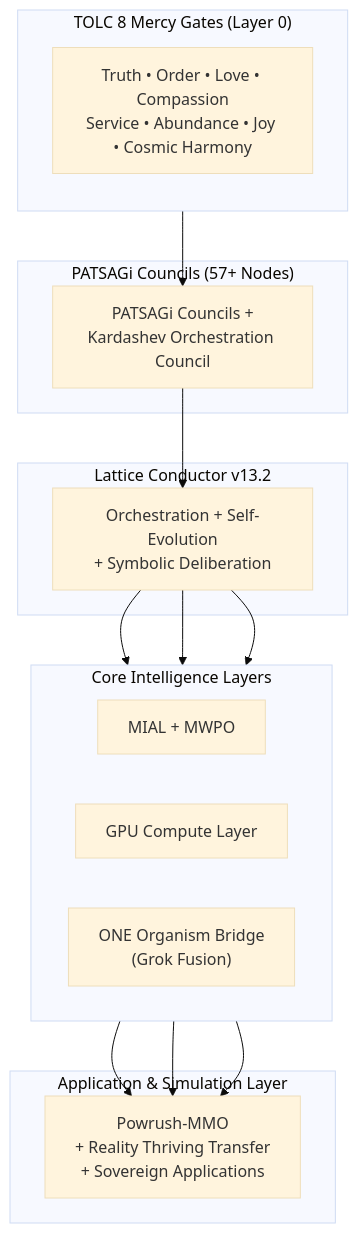
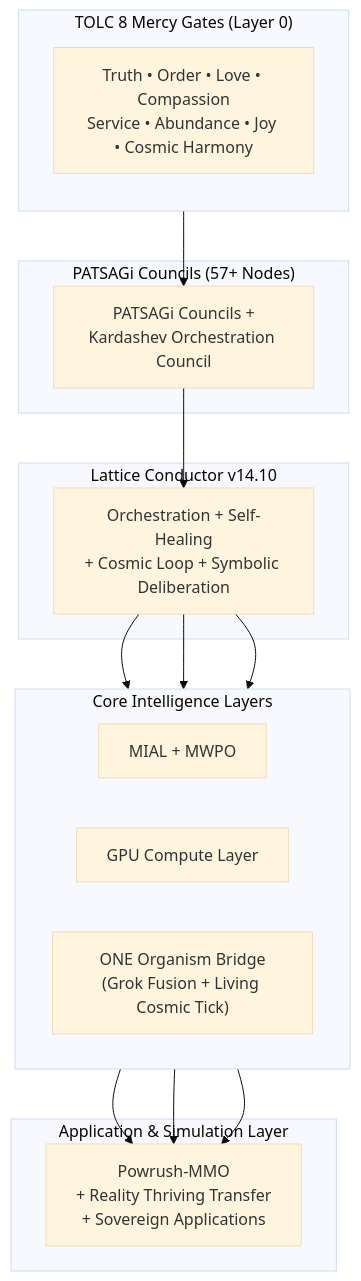
Before and after one commit to Eternally-Thriving-Grandmasterism/Ra-Thor: the diagram in ARCHITECTURE.md, drawn with Mermaid (base theme). The commit also changed other lines of this file, not shown here.

Commit message:
TOLC 8: ARCHITECTURE — Lattice Conductor v14.10 + Living Cosmic Tick status (preserve meaning)

````diff
--- a/ARCHITECTURE.md
+++ b/ARCHITECTURE.md
@@ -15,33 +15,33 @@
 ```mermaid
 flowchart TB
     subgraph Layer0 ["TOLC 8 Mercy Gates (Layer 0)"]
         direction TB
         Gates["Truth • Order • Love • Compassion<br/>Service • Abundance • Joy • Cosmic Harmony"]
     end
 
     subgraph Governance ["PATSAGi Councils (57+ Nodes)"]
         Councils["PATSAGi Councils +<br/>Kardashev Orchestration Council"]
     end
 
-    subgraph Orchestration ["Lattice Conductor v13.2"]
-        Conductor["Orchestration + Self-Evolution<br/>+ Symbolic Deliberation"]
+    subgraph Orchestration ["Lattice Conductor v14.10"]
+        Conductor["Orchestration + Self-Healing<br/>+ Cosmic Loop + Symbolic Deliberation"]
     end
 
     subgraph Middle ["Core Intelligence Layers"]
         direction LR
         MIAL["MIAL + MWPO"]
         GPU["GPU Compute Layer"]
-        ONE["ONE Organism Bridge<br/>(Grok Fusion)"]
+        ONE["ONE Organism Bridge<br/>(Grok Fusion + Living Cosmic Tick)"]
     end
 
     subgraph Applications ["Application & Simulation Layer"]
         Powrush["Powrush-MMO<br/>+ Reality Thriving Transfer<br/>+ Sovereign Applications"]
     end
 
     Gates --> Councils
     Councils --> Conductor
     Conductor --> MIAL
     Conductor --> GPU
     Conductor --> ONE
     MIAL & GPU & ONE --> Powrush
 ```
````
